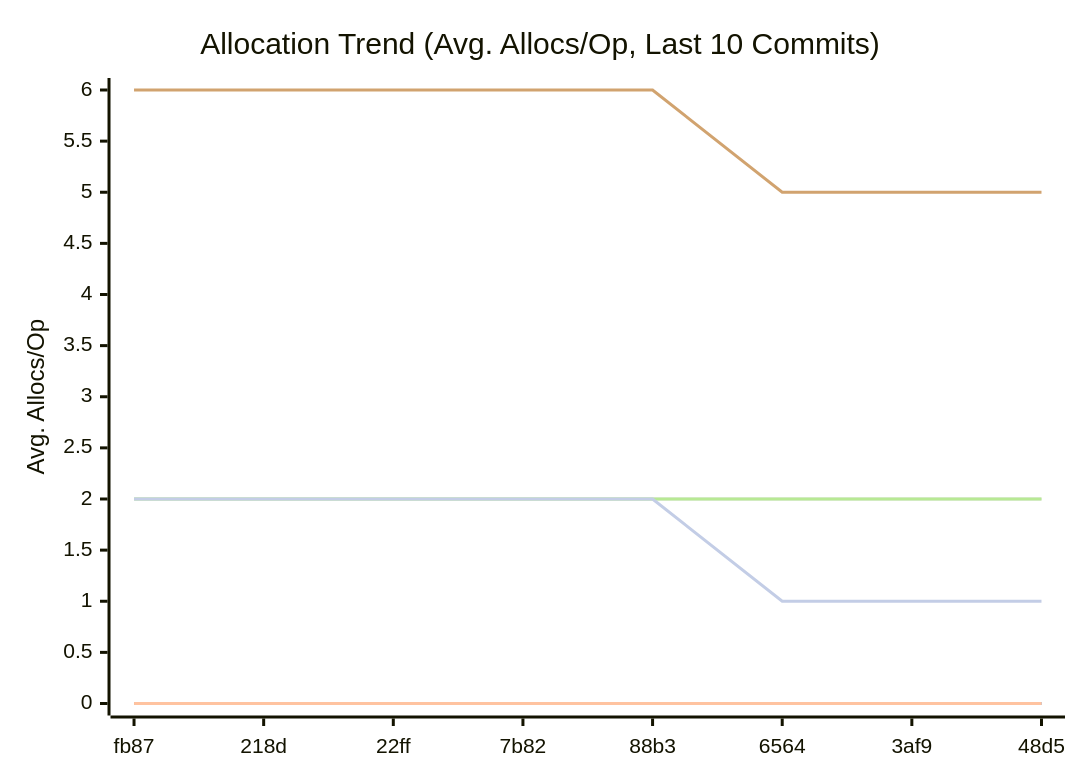
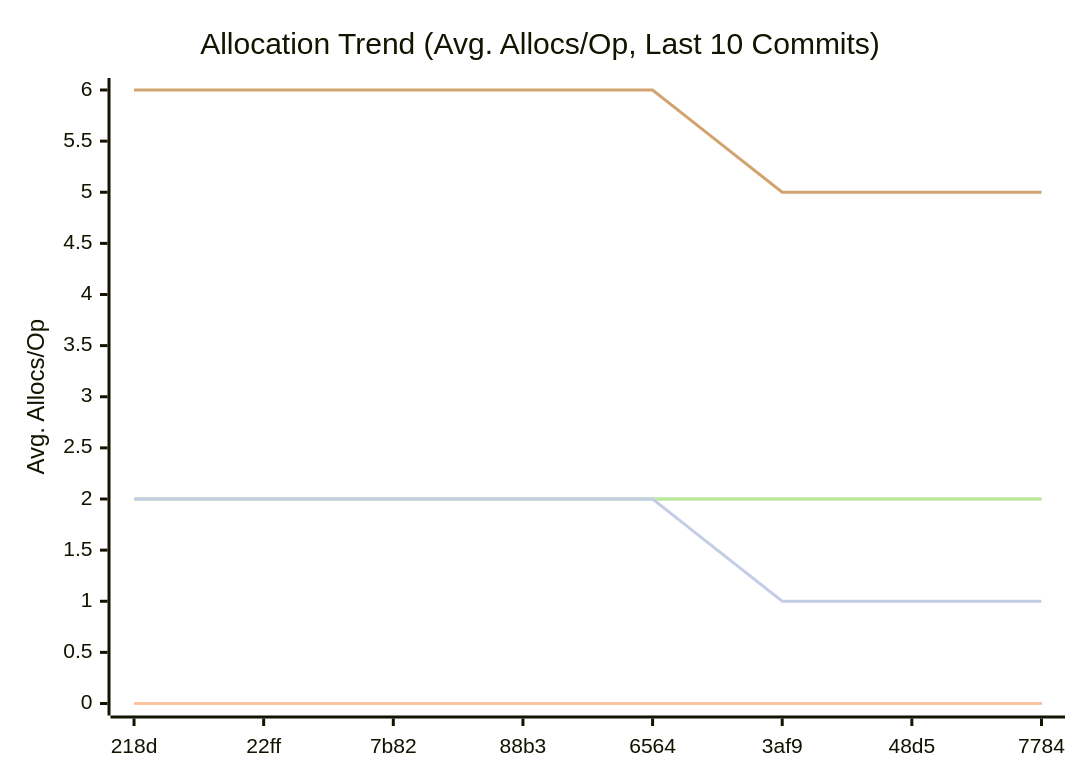
One commit to alsotoes/momo changed the third of 3 diagrams in doc/README.md. Above: the diagram before and after it, drawn with Mermaid. The commit also changed other lines of this file and 1 other file, not shown here.

````diff
--- a/doc/README.md
+++ b/doc/README.md
@@ -326,14 +326,14 @@
 ```mermaid
 xychart-beta
     title "Allocation Trend (Avg. Allocs/Op, Last 10 Commits)"
     x-axis "Commit"
     y-axis "Avg. Allocs/Op"
-    x-axis [fb87,218d,22ff,7b82,88b3,6564,3af9,48d5]
+    x-axis [218d,22ff,7b82,88b3,6564,3af9,48d5,7784]
     line "CheckMetricsAndSwap" [0,0,0,0,0,0,0,0,0,0]
     line "IndexDirectTracking" [0,0,0,0,0,0,0,0,0,0]
     line "IndexSearch" [0,0,0,0,0,0,0,0,0,0]
     line "LoadGlobalConfig" [2,2,2,2,2,2,2,2,2,2]
     line "PadString" [2,2,2,2,2,2,2,2,2,2]
     line "ParseReplicationOrder_NoPrealloc" [6,6,6,6,6,5,5,5,5,5]
     line "ParseReplicationOrder_Prealloc" [2,2,2,2,2,1,1,1,1,1]
 ```
````
